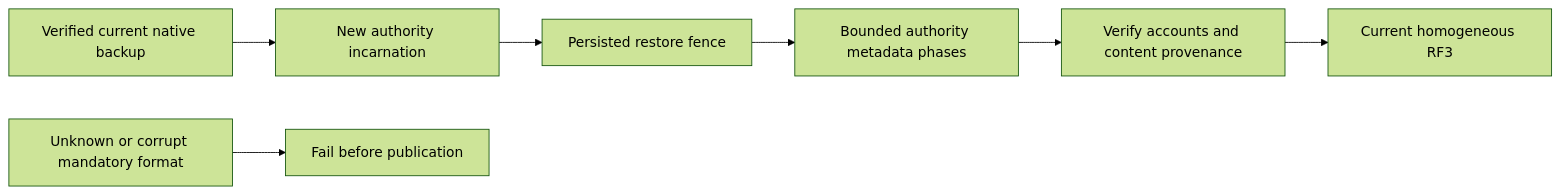
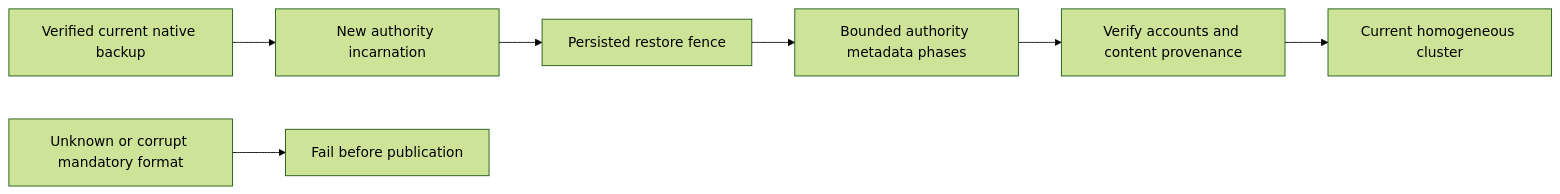
One commit to managedcode/KeyLoad changed the diagram in docs/ADR/ADR-011-current-native-format.md. Above: the diagram before and after it, drawn with Mermaid (forest theme). The commit also changed other lines of this file and 271 other files, not shown here.

````diff
--- a/docs/ADR/ADR-011-current-native-format.md
+++ b/docs/ADR/ADR-011-current-native-format.md
@@ -166,9 +164,9 @@
 ```mermaid
 flowchart LR
     Backup[Verified current native backup] --> Restore[New authority incarnation]
     Restore --> Fence[Persisted restore fence]
     Fence --> Normalize[Bounded authority metadata phases]
     Normalize --> Verify[Verify accounts and content provenance]
-    Verify --> Serve[Current homogeneous RF3]
+    Verify --> Serve[Current homogeneous cluster]
     Unsupported[Unknown or corrupt mandatory format] --> Reject[Fail before publication]
 ```
````
